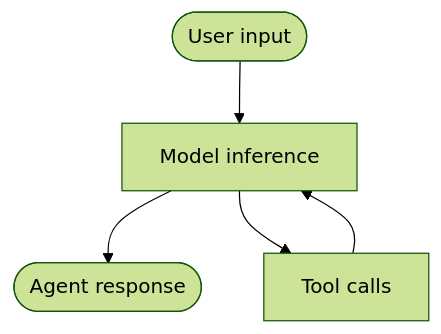
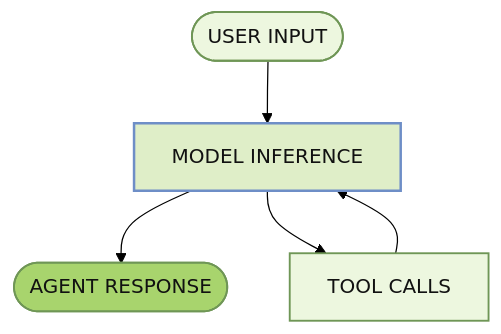
Before and after one commit to wisdom-in-a-nutshell/.agents: the diagram in skills-source/owned/codex-agent-loop/references/unrolling-the-codex-agent-loop-source.md, drawn with Mermaid (forest theme).

Commit message:
Codex: 2026-03-09 20:48:08Z

````diff
--- a/skills-source/owned/codex-agent-loop/references/unrolling-the-codex-agent-loop-source.md
+++ b/skills-source/owned/codex-agent-loop/references/unrolling-the-codex-agent-loop-source.md
@@ -21,12 +21,16 @@
 ```mermaid
 flowchart TD
-    U([User input])
-    M[Model inference]
-    A([Agent response])
-    T[Tool calls]
+    classDef pale fill:#edf7df,stroke:#6f9656,color:#111,stroke-width:1.5px;
+    classDef response fill:#a8d46d,stroke:#6f9656,color:#111,stroke-width:1.5px;
+    classDef infer fill:#dfeec8,stroke:#6e8ec7,color:#111,stroke-width:2px;
+
+    U([USER INPUT]):::pale
+    M[MODEL INFERENCE]:::infer
+    A([AGENT RESPONSE]):::response
+    T[TOOL CALLS]:::pale
 
     U --> M
     M --> A
     M --> T
     T --> M
 ```
````
